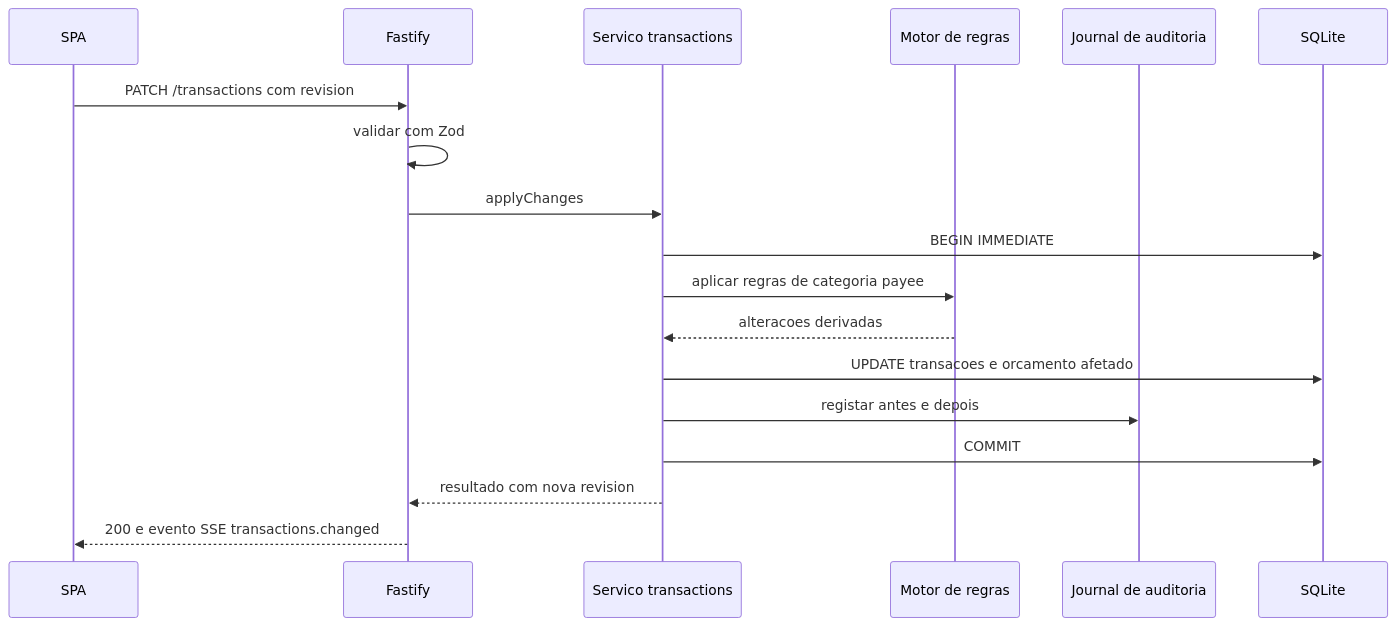
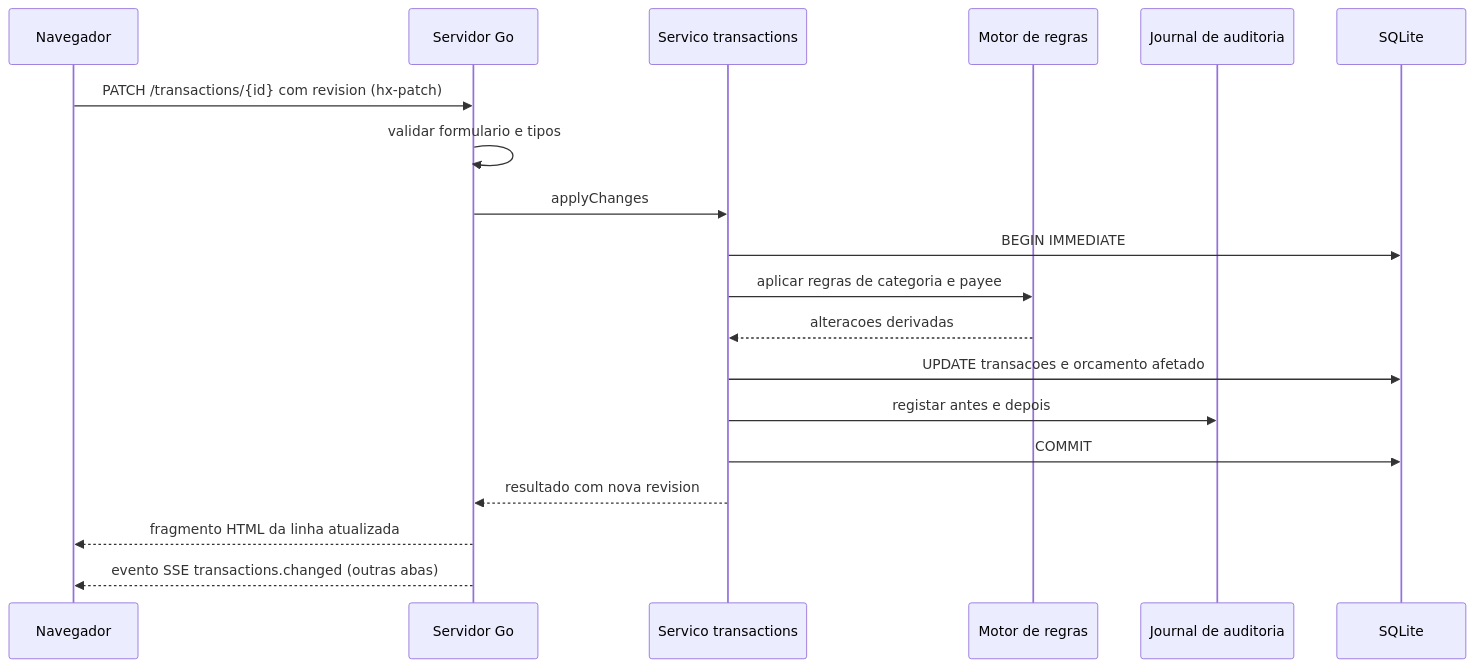
Before and after one commit to giovbon/codespaces-blank: the third of 4 diagrams in docs/01-arquitetura.md, drawn with Mermaid. The commit also changed other lines of this file and 18 other files, not shown here.

````diff
--- a/docs/01-arquitetura.md
+++ b/docs/01-arquitetura.md
@@ -158,20 +169,21 @@
 ```mermaid
 sequenceDiagram
-  participant UI as SPA
-  participant API as Fastify
+  participant UI as Navegador
+  participant HTTP as Servidor Go
   participant TX as Servico transactions
   participant RUL as Motor de regras
   participant AUD as Journal de auditoria
   participant DB as SQLite
-  UI->>API: PATCH /transactions com revision
-  API->>API: validar com Zod
-  API->>TX: applyChanges
+  UI->>HTTP: PATCH /transactions/{id} com revision (hx-patch)
+  HTTP->>HTTP: validar formulario e tipos
+  HTTP->>TX: applyChanges
   TX->>DB: BEGIN IMMEDIATE
-  TX->>RUL: aplicar regras de categoria payee
+  TX->>RUL: aplicar regras de categoria e payee
   RUL-->>TX: alteracoes derivadas
   TX->>DB: UPDATE transacoes e orcamento afetado
   TX->>AUD: registar antes e depois
   TX->>DB: COMMIT
-  TX-->>API: resultado com nova revision
-  API-->>UI: 200 e evento SSE transactions.changed
+  TX-->>HTTP: resultado com nova revision
+  HTTP-->>UI: fragmento HTML da linha atualizada
+  HTTP-->>UI: evento SSE transactions.changed (outras abas)
 ```
````
